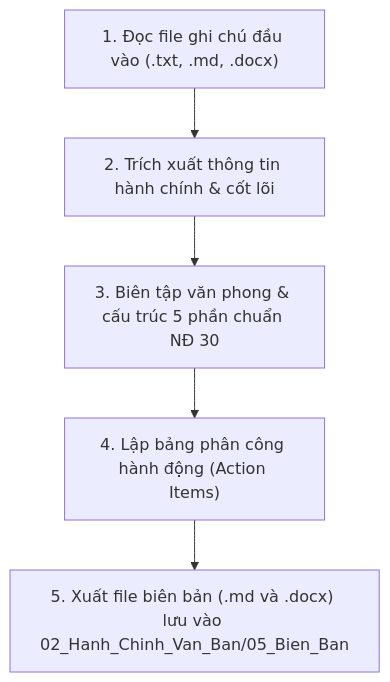
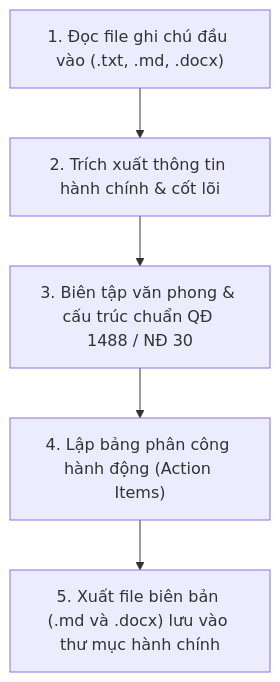
Before and after one commit to npduylab/skills-public: the diagram in skills/tao-bien-ban-cuoc-hop/SKILL.md, drawn with Mermaid. The commit also changed other lines of this file and 7 other files, not shown here.

````diff
--- a/skills/tao-bien-ban-cuoc-hop/SKILL.md
+++ b/skills/tao-bien-ban-cuoc-hop/SKILL.md
@@ -28,7 +57,7 @@
 ```mermaid
 flowchart TD
     A["1. Đọc file ghi chú đầu vào (.txt, .md, .docx)"] --> B["2. Trích xuất thông tin hành chính & cốt lõi"]
-    B --> C["3. Biên tập văn phong & cấu trúc 5 phần chuẩn NĐ 30"]
+    B --> C["3. Biên tập văn phong & cấu trúc chuẩn QĐ 1488 / NĐ 30"]
     C --> D["4. Lập bảng phân công hành động (Action Items)"]
-    D --> E["5. Xuất file biên bản (.md và .docx) lưu vào 02_Hanh_Chinh_Van_Ban/05_Bien_Ban"]
+    D --> E["5. Xuất file biên bản (.md và .docx) lưu vào thư mục hành chính"]
 ```
````
